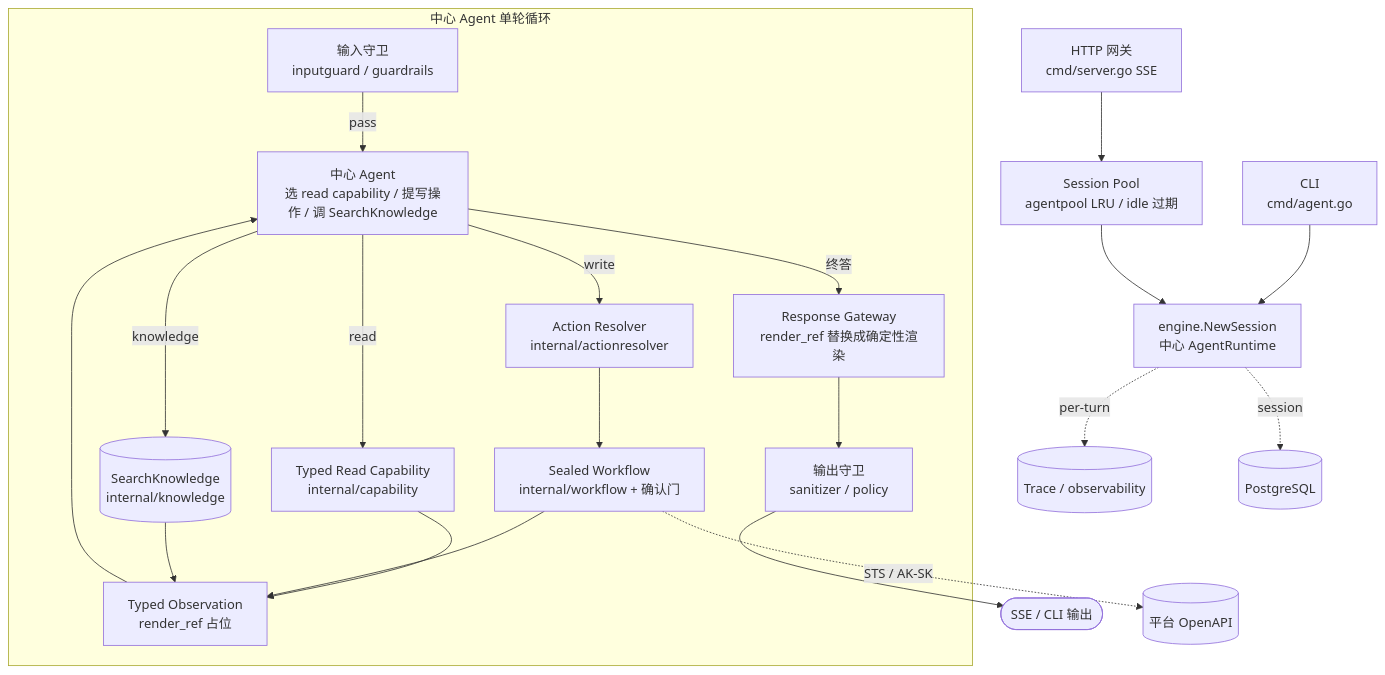
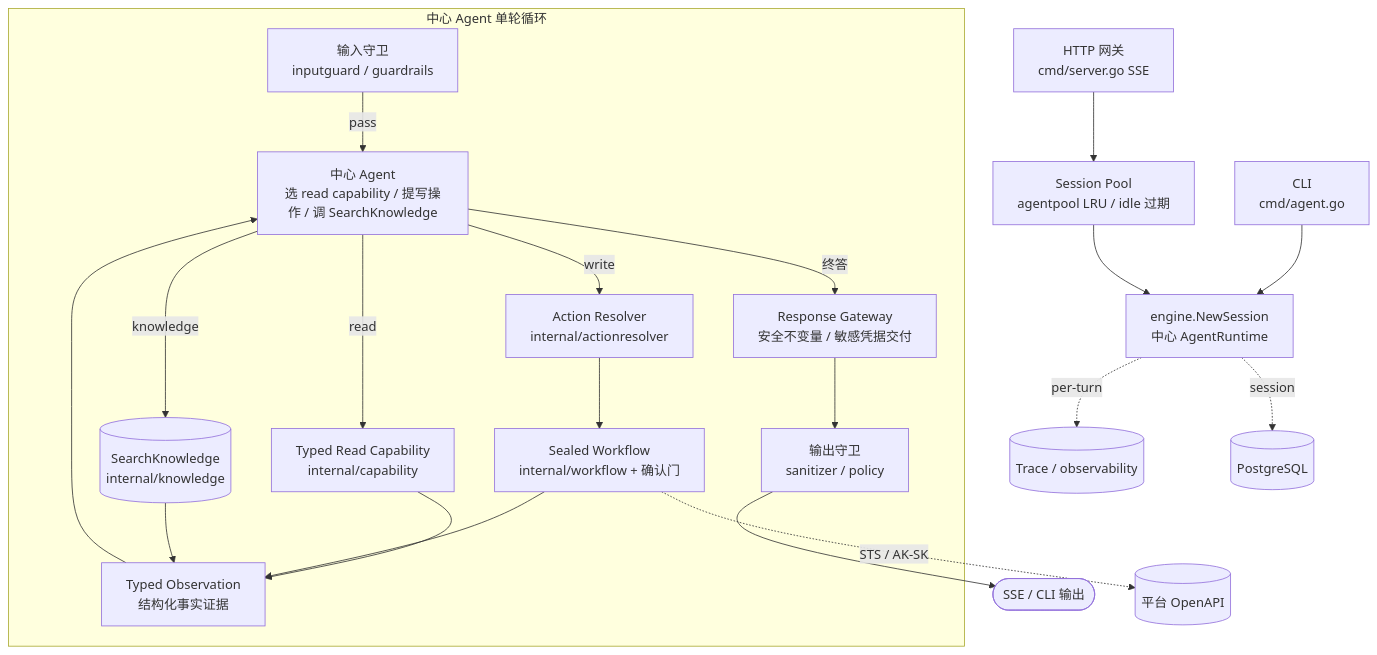
One commit to guli20001221/compshare-agent changed the diagram in docs/architecture.md. Above: the diagram before and after it, drawn with Mermaid. The commit also changed other lines of this file and 4 other files, not shown here.

````diff
--- a/docs/architecture.md
+++ b/docs/architecture.md
@@ -44,26 +44,26 @@
 ```mermaid
 graph TD
     CLI[CLI<br/>cmd/agent.go] --> RT
     HTTP[HTTP 网关<br/>cmd/server.go SSE] --> Pool[Session Pool<br/>agentpool LRU / idle 过期] --> RT
     RT[engine.NewSession<br/>中心 AgentRuntime]
 
     subgraph Loop[中心 Agent 单轮循环]
         IG[输入守卫<br/>inputguard / guardrails] -->|pass| AG
         AG[中心 Agent<br/>选 read capability / 提写操作 / 调 SearchKnowledge]
         AG -->|read| CAP[Typed Read Capability<br/>internal/capability]
         AG -->|write| AR[Action Resolver<br/>internal/actionresolver]
         AG -->|knowledge| KB[(SearchKnowledge<br/>internal/knowledge)]
-        CAP --> OBS[Typed Observation<br/>render_ref 占位]
+        CAP --> OBS[Typed Observation<br/>结构化事实证据]
         AR --> WF[Sealed Workflow<br/>internal/workflow + 确认门]
         WF --> OBS
         KB --> OBS
         OBS --> AG
-        AG -->|终答| GW[Response Gateway<br/>render_ref 替换成确定性渲染]
+        AG -->|终答| GW[Response Gateway<br/>安全不变量 / 敏感凭据交付]
         GW --> OG[输出守卫<br/>sanitizer / policy]
     end
 
     OG --> OUT([SSE / CLI 输出])
     RT -. per-turn .-> TR[(Trace / observability)]
     WF -. STS / AK-SK .-> API[(平台 OpenAPI)]
     RT -. session .-> DB[(PostgreSQL)]
 ```
````
